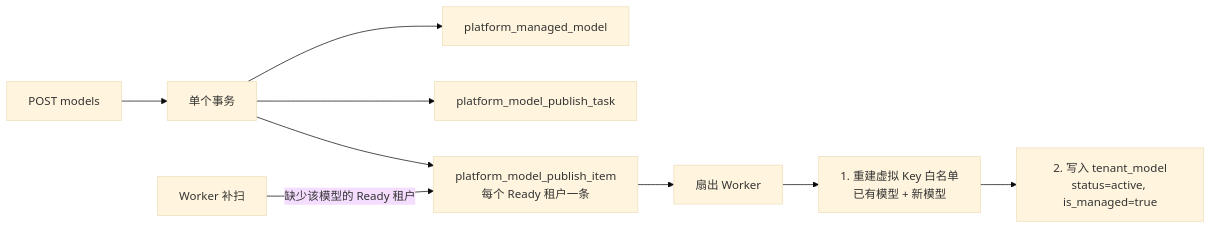
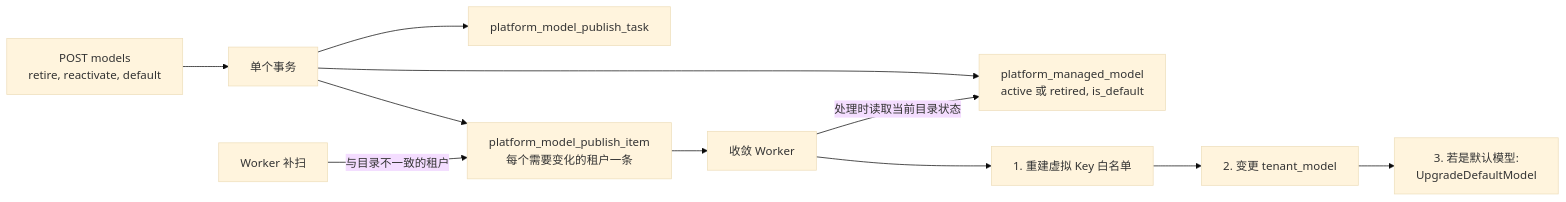
One commit to Sanderhoff-alt/oh-my-ragflow changed the fourth of 8 diagrams in extensions/model-platform/implementation-plan.zh-CN.md. Above: the diagram before and after it, drawn with Mermaid (base theme). The commit also changed other lines of this file and 4 other files, not shown here.

First line of the commit message:
feat(model-platform): add the managed models admin page and docs

````diff
--- a/extensions/model-platform/implementation-plan.zh-CN.md
+++ b/extensions/model-platform/implementation-plan.zh-CN.md
@@ -522,11 +522,13 @@
 ```mermaid
 flowchart LR
-    Admin["POST models"] --> Tx["单个事务"]
-    Tx --> Cat["platform_managed_model"]
+    Admin["POST models<br>retire, reactivate, default"] --> Tx["单个事务"]
+    Tx --> Cat["platform_managed_model<br>active 或 retired, is_default"]
     Tx --> Task["platform_model_publish_task"]
-    Tx --> Items["platform_model_publish_item<br>每个 Ready 租户一条"]
-    Sweep["Worker 补扫"] -->|"缺少该模型的 Ready 租户"| Items
-    Items --> Worker["扇出 Worker"]
-    Worker --> GW["1. 重建虚拟 Key 白名单<br>已有模型 + 新模型"]
-    GW --> DB["2. 写入 tenant_model<br>status=active, is_managed=true"]
+    Tx --> Items["platform_model_publish_item<br>每个需要变化的租户一条"]
+    Sweep["Worker 补扫"] -->|"与目录不一致的租户"| Items
+    Items --> Worker["收敛 Worker"]
+    Worker -->|"处理时读取当前目录状态"| Cat
+    Worker --> GW["1. 重建虚拟 Key 白名单"]
+    GW --> DB["2. 变更 tenant_model"]
+    DB --> Def["3. 若是默认模型:<br>UpgradeDefaultModel"]
 ```
````
